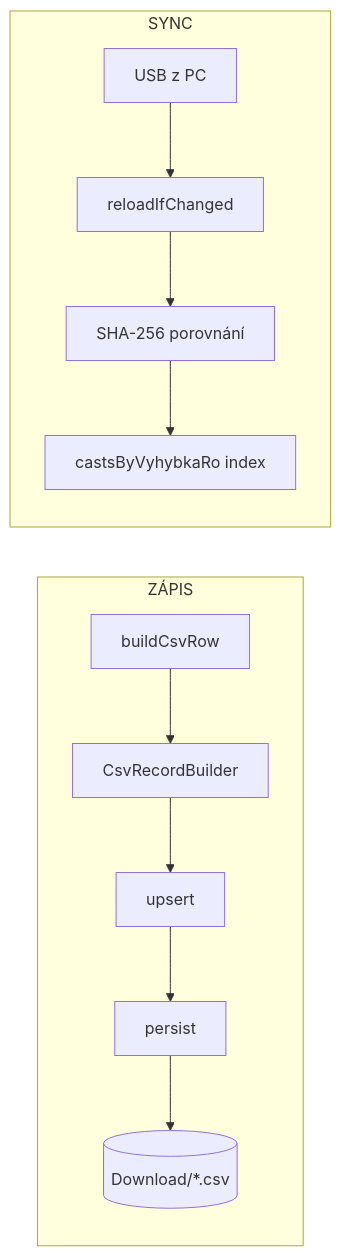
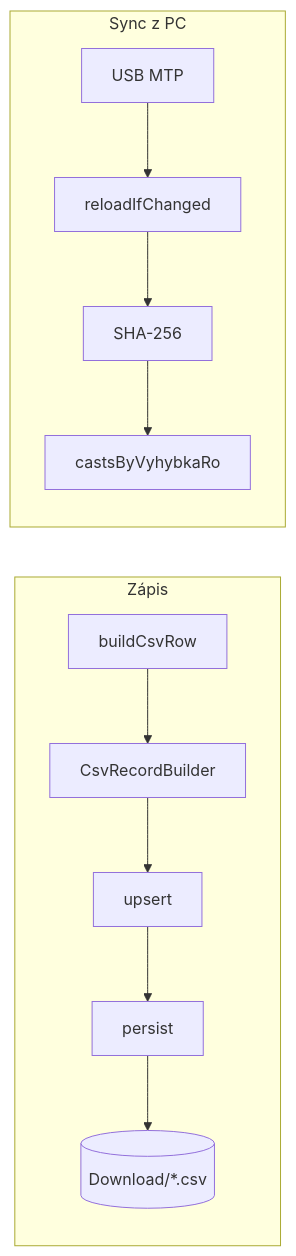
Before and after one commit to tofiapp/rfid_go_gps: the eighth of 9 diagrams in docs/prirucka-vyvojare.md, drawn with Mermaid. The commit also changed other lines of this file and 5 other files, not shown here.

First line of the commit message:
docs: mohutné vylepšení vývojářské příručky + HTML Mermaid

````diff
--- a/docs/prirucka-vyvojare.md
+++ b/docs/prirucka-vyvojare.md
@@ -344,15 +399,15 @@
 ```mermaid
 flowchart LR
-    subgraph ZÁPIS
+    subgraph ZAPIS["Zápis"]
         A[buildCsvRow] --> B[CsvRecordBuilder]
         B --> C[upsert]
         C --> D[persist]
         D --> E[(Download/*.csv)]
     end
 
-    subgraph SYNC
-        F[USB z PC] --> G[reloadIfChanged]
-        G --> H[SHA-256 porovnání]
-        H --> I[castsByVyhybkaRo index]
+    subgraph SYNC["Sync z PC"]
+        F[USB MTP] --> G[reloadIfChanged]
+        G --> H[SHA-256]
+        H --> I[castsByVyhybkaRo]
     end
 ```
````
